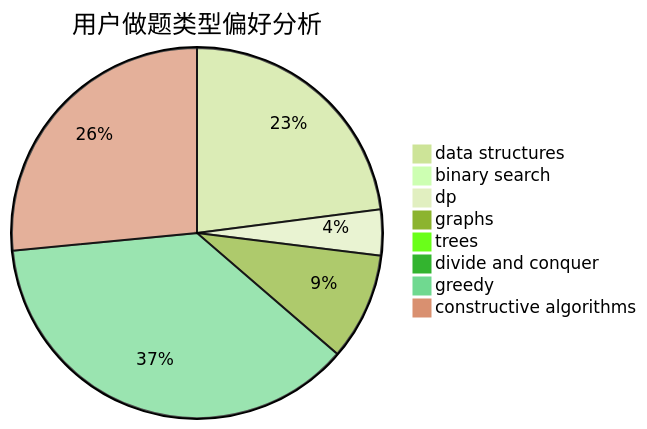
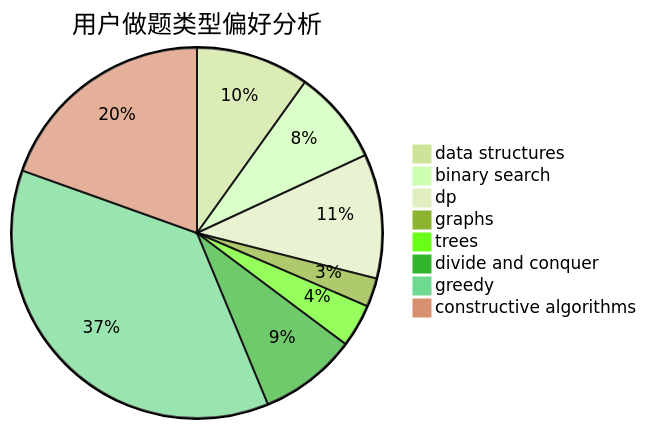
Before and after one commit to sherpahu/cfrs.github.io: the second of 3 diagrams in docs/user/u2386.md, drawn with Mermaid (forest theme). The commit also changed other lines of this file and 2770 other files, not shown here.

````diff
--- a/docs/user/u2386.md
+++ b/docs/user/u2386.md
@@ -23,11 +23,11 @@
 ```mermaid
 pie title 用户做题类型偏好分析
-    "data structures" :  701
-    "binary search" :  13
-    "dp" :  122
-    "graphs" :  286
-    "trees" :  11
-    "divide and conquer" :  0
-    "greedy" :  1134
-    "constructive algorithms" :  810
+    "data structures" :  213
+    "binary search" :  177
+    "dp" :  234
+    "graphs" :  54
+    "trees" :  81
+    "divide and conquer" :  184
+    "greedy" :  791
+    "constructive algorithms" :  421
 ```
````
